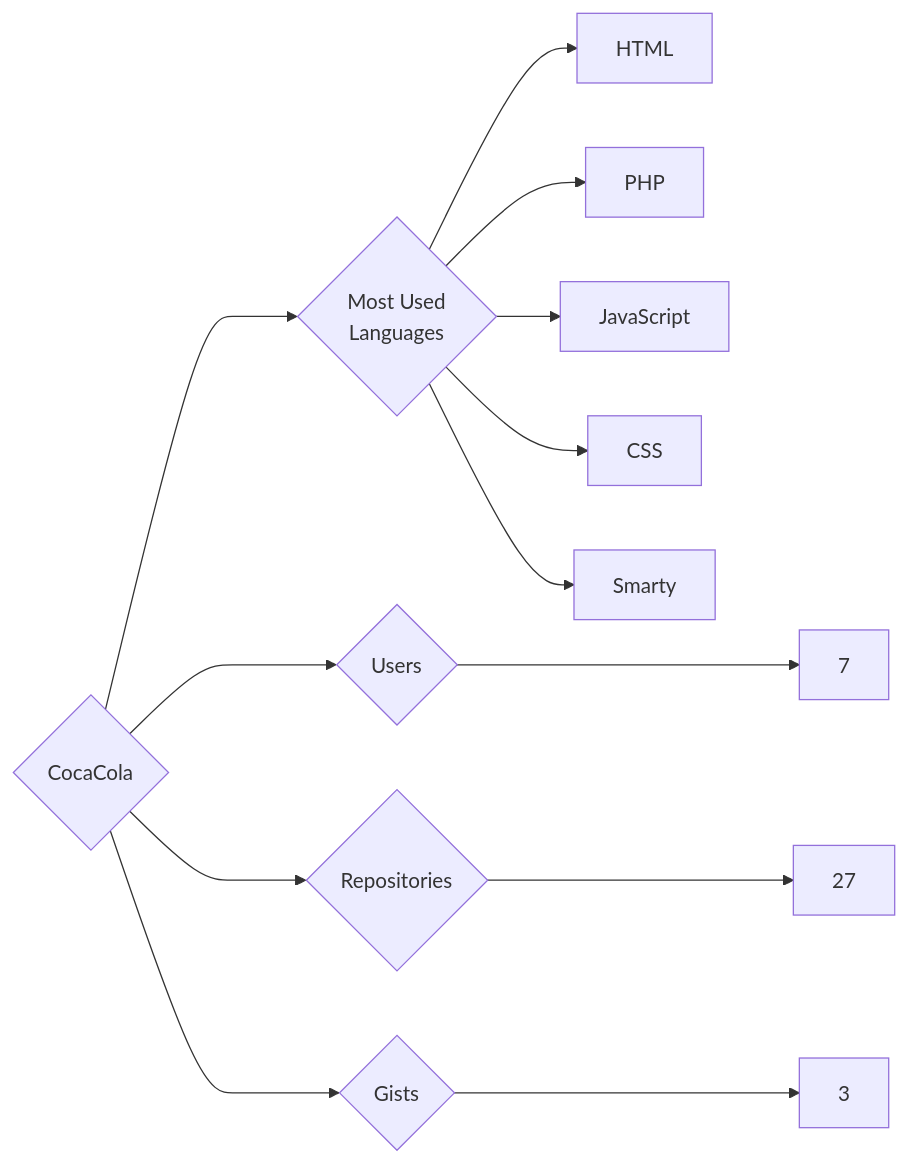
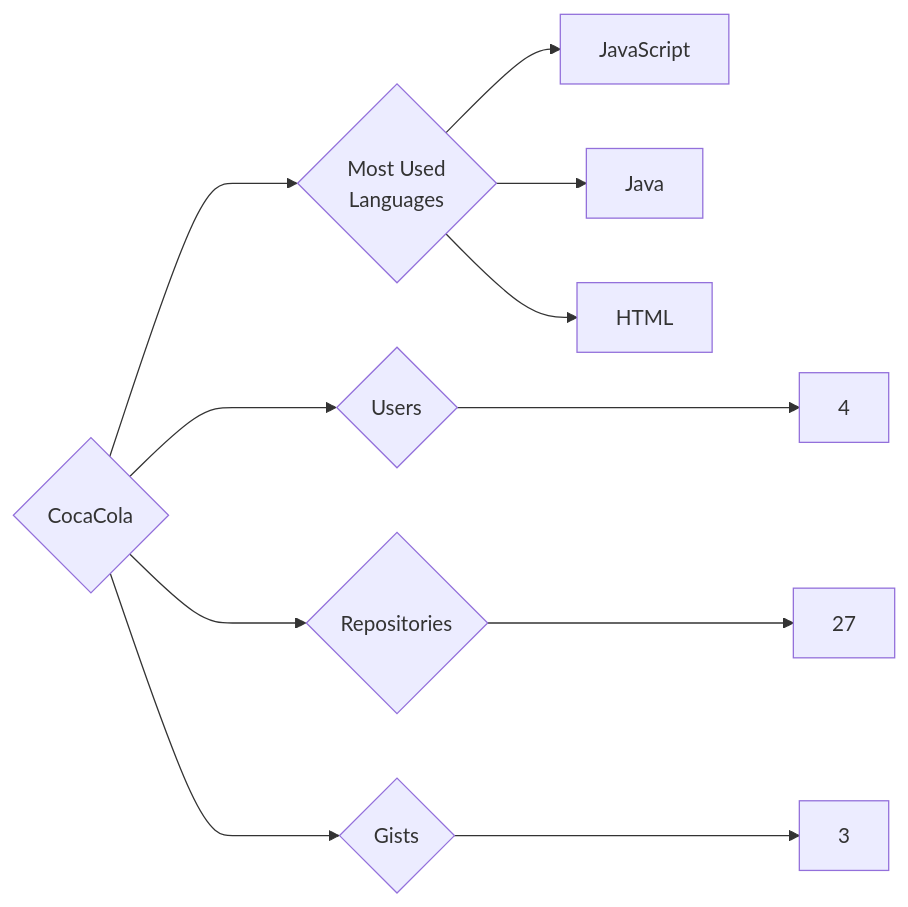
Before and after one commit to trickest/insiders: the diagram in targets/CocaCola/README.md, drawn with Mermaid. The commit also changed 750 other files, not shown here.

````diff
--- a/targets/CocaCola/README.md
+++ b/targets/CocaCola/README.md
@@ -3,13 +3,11 @@
 ```mermaid
 graph LR
 COMPANY_NAME{CocaCola}
-COMPANY_NAME ---> U{Users} ---> UN[7]
+COMPANY_NAME ---> U{Users} ---> UN[4]
 COMPANY_NAME ---> R{Repositories} ---> RN[27]
 COMPANY_NAME ---> G{Gists} ---> GN[3]
 COMPANY_NAME ---> ML{Most Used<br>Languages}
+ML --> JavaScript[JavaScript]
+ML --> Java[Java]
 ML --> HTML[HTML]
-ML --> PHP[PHP]
-ML --> JavaScript[JavaScript]
-ML --> CSS[CSS]
-ML --> Smarty[Smarty]
 ```
````
